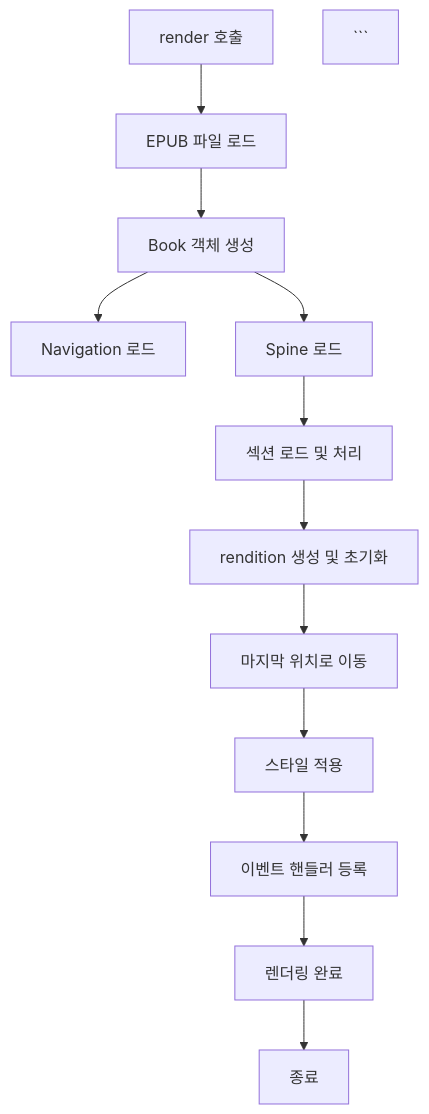
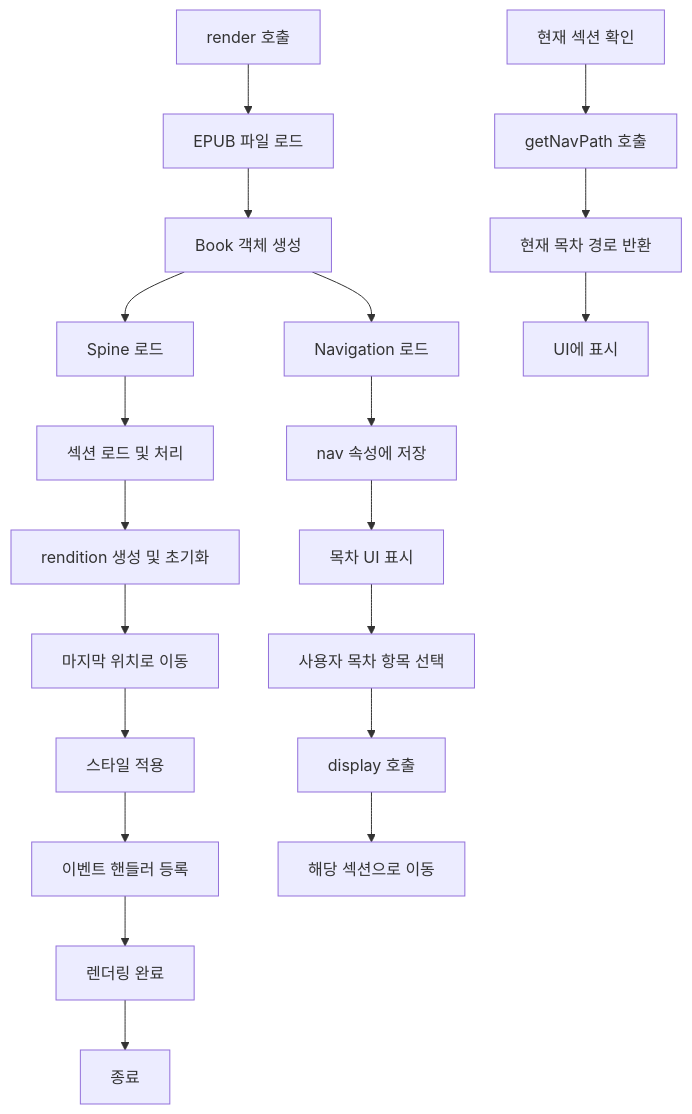
One commit to Bookiwi-hub/flow changed the fourth of 4 diagrams in deep-dive/reader/bookTab.md. Above: the diagram before and after it, drawn with Mermaid. The commit also changed other lines of this file, not shown here.

`````diff
--- a/deep-dive/reader/bookTab.md
+++ b/deep-dive/reader/bookTab.md
@@ -90,15 +135,26 @@
-````mermaid
+```mermaid
 flowchart TD
     A[render 호출] --> B[EPUB 파일 로드]
     B --> C[Book 객체 생성]
     C --> D[Navigation 로드]
     C --> E[Spine 로드]
     E --> F[섹션 로드 및 처리]
     F --> G[rendition 생성 및 초기화]
     G --> H[마지막 위치로 이동]
     H --> I[스타일 적용]
     I --> J[이벤트 핸들러 등록]
     J --> K[렌더링 완료]
     K --> L[종료]
-    ```
-````
+
+    %% 목차 관련 기능
+    D --> M[nav 속성에 저장]
+    M --> N[목차 UI 표시]
+    N --> O[사용자 목차 항목 선택]
+    O --> P[display 호출]
+    P --> Q[해당 섹션으로 이동]
+
+    %% 현재 목차 항목 확인
+    R[현재 섹션 확인] --> S[getNavPath 호출]
+    S --> T[현재 목차 경로 반환]
+    T --> U[UI에 표시]
+```
`````
